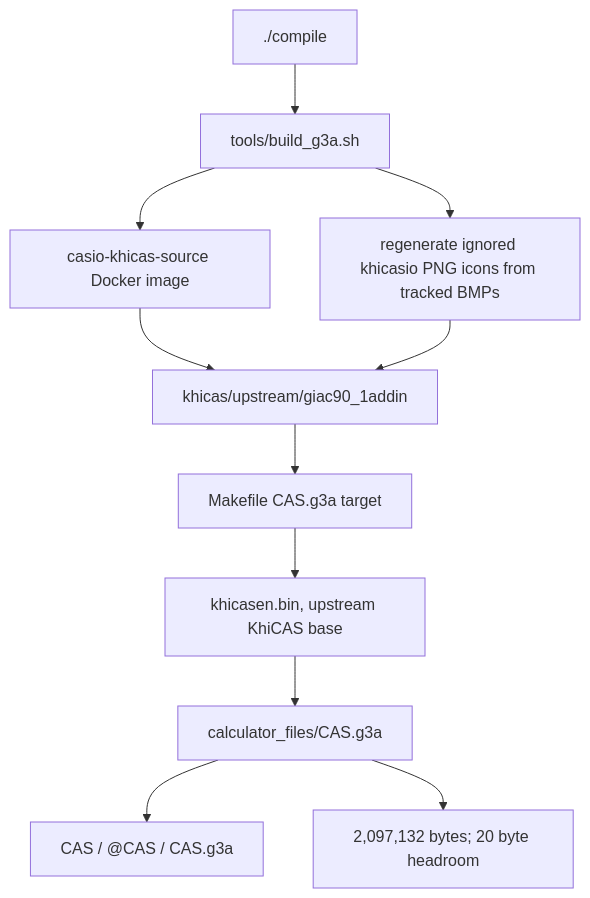
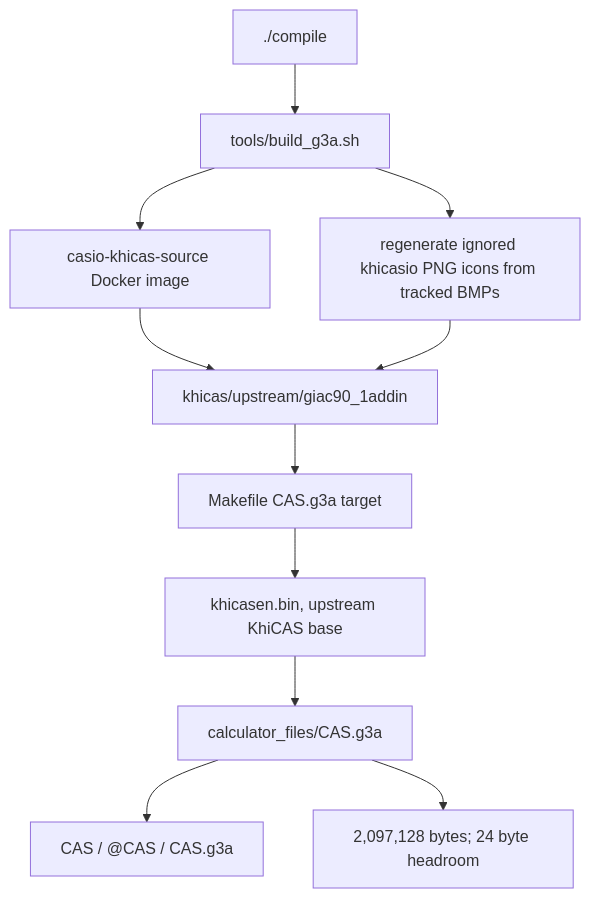
The first of 6 diagrams in docs/GRAPH.md (james8464/notes-addin-casio-fx-cg50), drawn with Mermaid before and after one commit. The commit also changed other lines of this file and 3 other files, not shown here.

````diff
--- a/docs/GRAPH.md
+++ b/docs/GRAPH.md
@@ -7,13 +7,13 @@
 ```mermaid
 graph TD
   Compile["./compile"] --> Build["tools/build_g3a.sh"]
   Build --> Docker["casio-khicas-source Docker image"]
   Docker --> Src["khicas/upstream/giac90_1addin"]
   Build --> Icons["regenerate ignored khicasio PNG icons from tracked BMPs"]
   Icons --> Src
   Src --> Make["Makefile CAS.g3a target"]
   Make --> Bin["khicasen.bin, upstream KhiCAS base"]
   Bin --> G3A["calculator_files/CAS.g3a"]
   G3A --> Meta["CAS / @CAS / CAS.g3a"]
-  G3A --> Size["2,097,132 bytes; 20 byte headroom"]
+  G3A --> Size["2,097,128 bytes; 24 byte headroom"]
 ```
````
